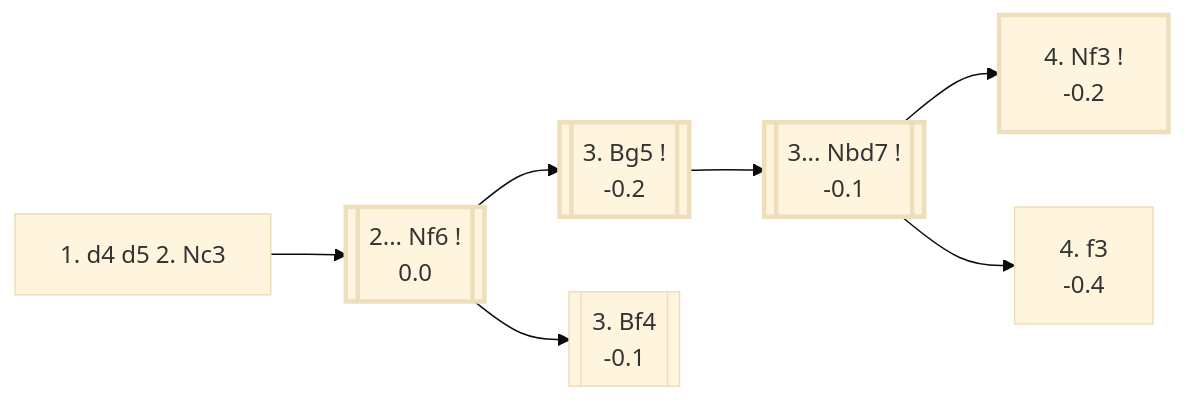
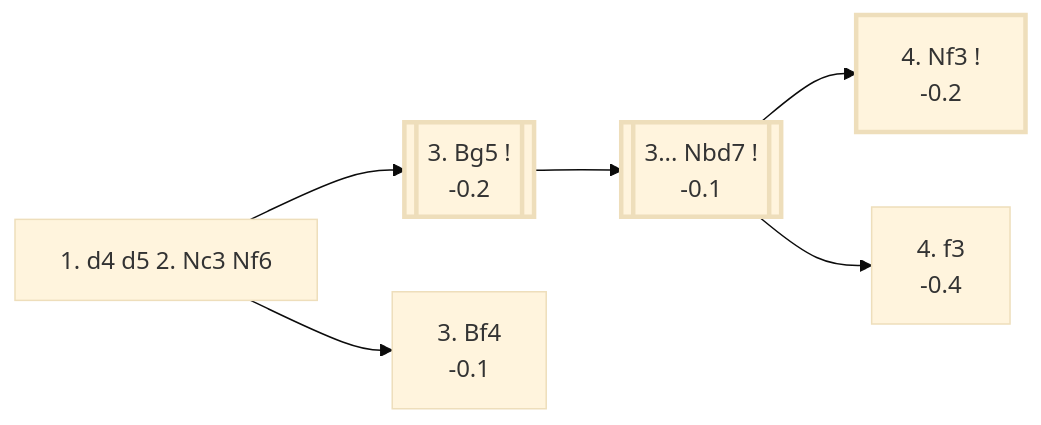
The diagram in d4_openings/D01_Richter_Veresov_Attack.md (onclemarcel/chess_flashcards), drawn with Mermaid (base theme) before and after one commit. The commit also changed other lines of this file and 26 other files, not shown here.

````diff
--- a/d4_openings/D01_Richter_Veresov_Attack.md
+++ b/d4_openings/D01_Richter_Veresov_Attack.md
@@ -14,23 +12,20 @@
 ```mermaid
 flowchart LR
     classDef main stroke-width:3px;
 
-    Nc3["1. d4 d5 2. Nc3"]
-    click Nc3 "#_initial_move_" "D00 · Queen's Pawn Game: Chigorin Variation"
-
-    Nc3 --> Nf6[["2... Nf6 !<br/>0.0"]]:::main
-    click Nf6 "#_Nf6_" "A45 · Queen's Pawn Game: Chigorin Variation"
+    Nf6["1. d4 d5 2. Nc3 Nf6"]
+    click Nf6 "#_initial_move_" "A45 · Queen's Pawn Game: Chigorin Variation"
 
     Nf6 --> Bg5[["3. Bg5 !<br/>-0.2"]]:::main
     click Bg5 "#_Bg5_" "D01 · Richter-Veresov Attack"
-    Nf6 --> Bf4[["3. Bf4<br/>-0.1"]]
+    Nf6 --> Bf4["3. Bf4<br/>-0.1"]
     click Bf4 "#_Bf4_" "D01 · Rapport-Jobava System"
 
     Bg5 --> Nbd7[["3... Nbd7 !<br/>-0.1"]]:::main
     click Nbd7 "#_Nbd7_" "D01 · Richter-Veresov Attack"
 
     Nbd7 --> Nf3v["4. Nf3 !<br/>-0.2"]:::main
     click Nf3v "#_Nf3v_" "D01 · Richter-Veresov Attack: Two Knights System"
     Nbd7 --> f3v["4. f3<br/>-0.4"]
     click f3v "#_f3v_" "D01 · Richter-Veresov Attack"
 ```
````
